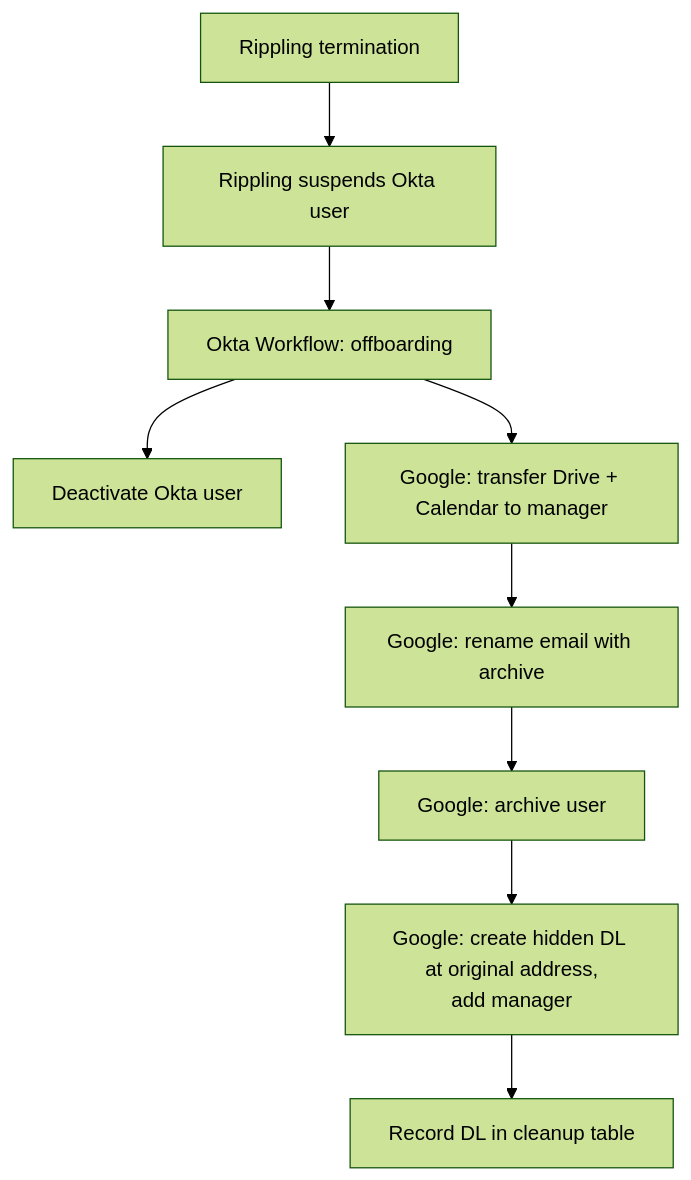
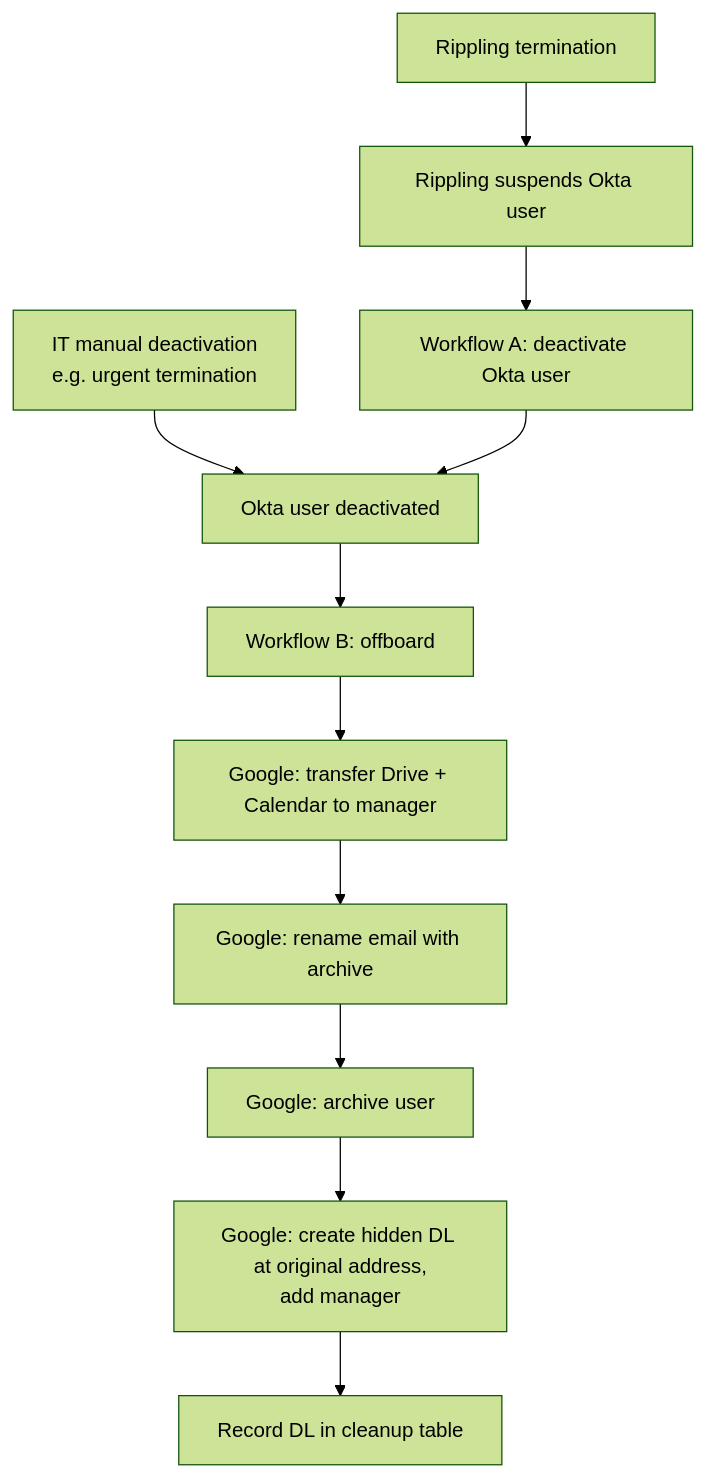
The second of 2 diagrams in 04-hris-lifecycle-automation/PLAN.md (revoice1/BC-RV-Work-Trial), drawn with Mermaid (forest theme) before and after one commit. The commit also changed other lines of this file and 1 other file, not shown here.

First line of the commit message:
Trigger Google offboarding on Okta deactivation, not suspension

````diff
--- a/04-hris-lifecycle-automation/PLAN.md
+++ b/04-hris-lifecycle-automation/PLAN.md
@@ -70,11 +77,13 @@
 ```mermaid
 flowchart TD
     A[Rippling termination] --> B[Rippling suspends Okta user]
-    B --> C[Okta Workflow: offboarding]
-    C --> D[Deactivate Okta user]
-    C --> E[Google: transfer Drive + Calendar to manager]
+    B --> C[Workflow A: deactivate Okta user]
+    M[IT manual deactivation<br/>e.g. urgent termination] --> D
+    C --> D[Okta user deactivated]
+    D --> W[Workflow B: offboard]
+    W --> E[Google: transfer Drive + Calendar to manager]
     E --> F[Google: rename email with archive]
     F --> G[Google: archive user]
     G --> H[Google: create hidden DL at original address,<br/>add manager]
     H --> I[Record DL in cleanup table]
 ```
````
